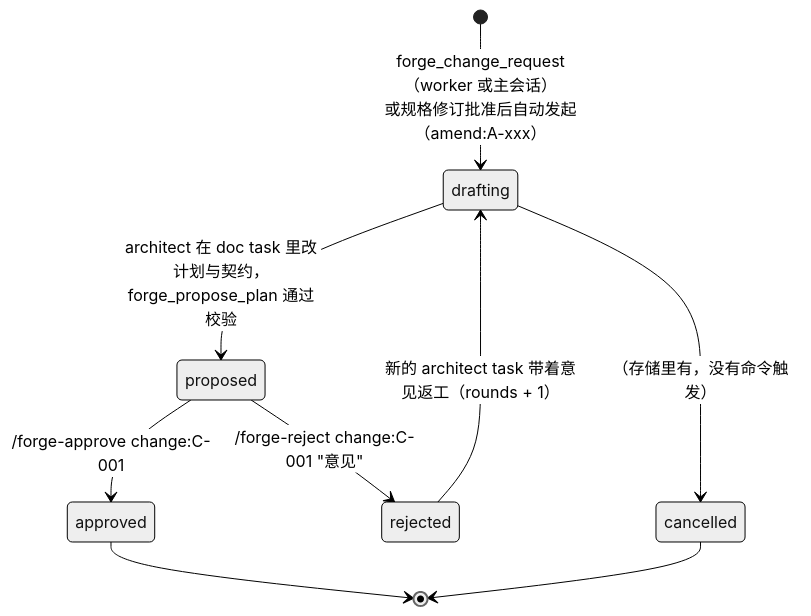
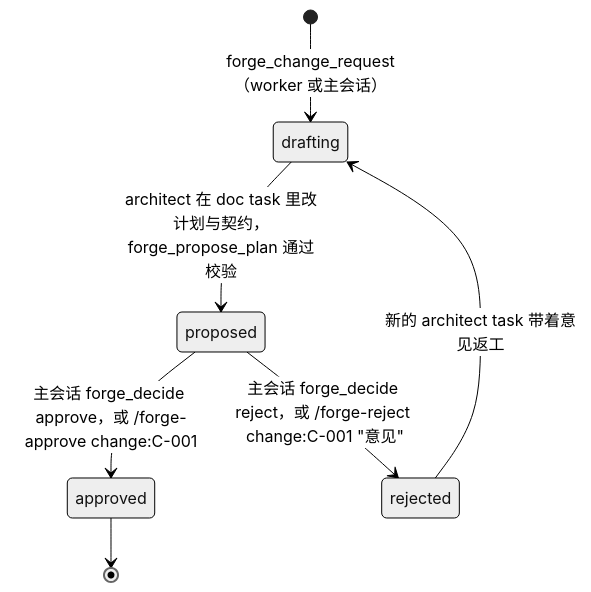
Before and after one commit to M2tHane/pi-forge: the sixth of 7 diagrams in docs/flow.md, drawn with Mermaid (neutral theme). The commit also changed other lines of this file and 320 other files, not shown here.

````diff
--- a/docs/flow.md
+++ b/docs/flow.md
@@ -170,11 +152,9 @@
 ```mermaid
 stateDiagram-v2
-    [*] --> drafting: forge_change_request（worker 或主会话）<br/>或规格修订批准后自动发起（amend:A-xxx）
+    [*] --> drafting: forge_change_request（worker 或主会话）
     drafting --> proposed: architect 在 doc task 里改计划与契约，<br/>forge_propose_plan 通过校验
-    proposed --> approved: /forge-approve change:C-001
-    proposed --> rejected: /forge-reject change:C-001 "意见"
-    rejected --> drafting: 新的 architect task 带着意见返工（rounds + 1）
+    proposed --> approved: 主会话 forge_decide approve，或 /forge-approve change:C-001
+    proposed --> rejected: 主会话 forge_decide reject，或 /forge-reject change:C-001 "意见"
+    rejected --> drafting: 新的 architect task 带着意见返工
     approved --> [*]
-    drafting --> cancelled: （存储里有，没有命令触发）
-    cancelled --> [*]
 ```
````
